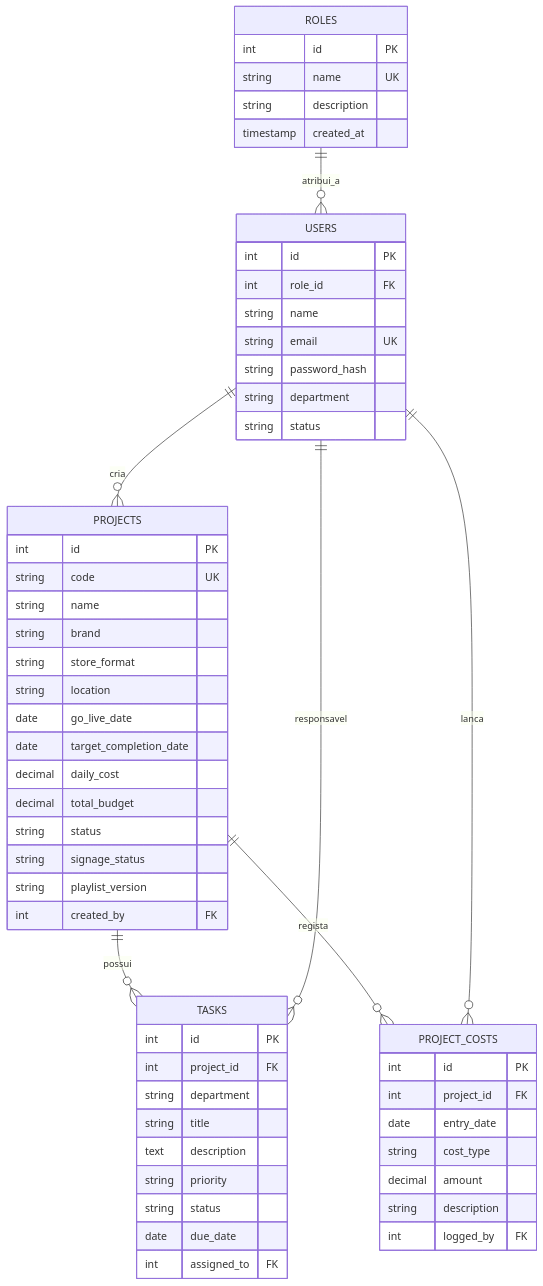
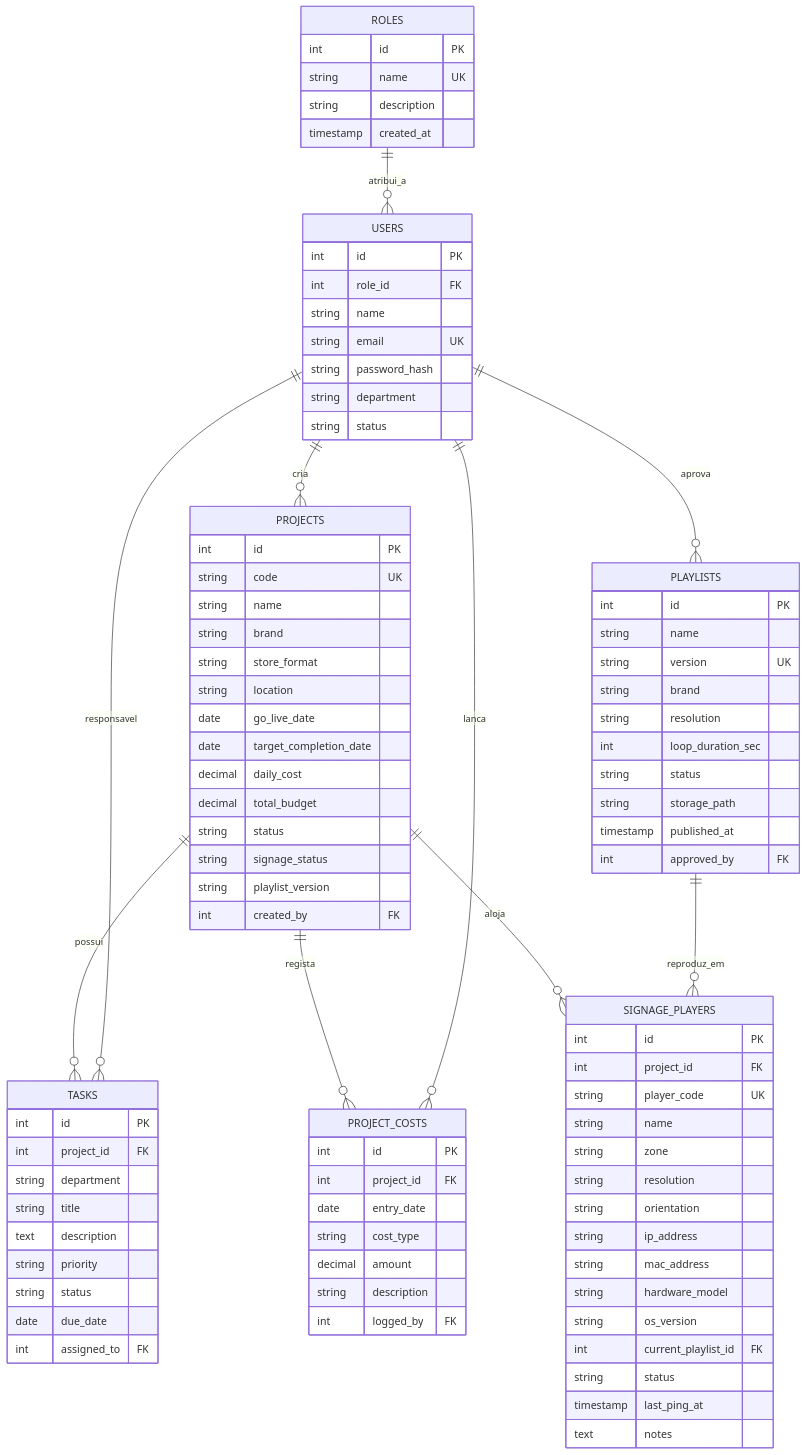
One commit to davisrc73/RetailLaunchOS changed the diagram in ARQUITETURA_TECNICA.md. Above: the diagram before and after it, drawn with Mermaid. The commit also changed other lines of this file and 10 other files, not shown here.

Commit message:
feat(fase-4): catalogo central de digital signage, versionamento de playlists e monitorizacao de telas

````diff
--- a/ARQUITETURA_TECNICA.md
+++ b/ARQUITETURA_TECNICA.md
@@ -78,8 +81,11 @@
     USERS ||--o{ PROJECTS : "cria"
     PROJECTS ||--o{ TASKS : "possui"
     PROJECTS ||--o{ PROJECT_COSTS : "regista"
+    PROJECTS ||--o{ SIGNAGE_PLAYERS : "aloja"
+    PLAYLISTS ||--o{ SIGNAGE_PLAYERS : "reproduz_em"
     USERS ||--o{ TASKS : "responsavel"
     USERS ||--o{ PROJECT_COSTS : "lanca"
+    USERS ||--o{ PLAYLISTS : "aprova"
 
     ROLES {
         int id PK
@@ -136,4 +142,35 @@
         string description
         int logged_by FK
     }
+
+    PLAYLISTS {
+        int id PK
+        string name
+        string version UK
+        string brand
+        string resolution
+        int loop_duration_sec
+        string status
+        string storage_path
+        timestamp published_at
+        int approved_by FK
+    }
+
+    SIGNAGE_PLAYERS {
+        int id PK
+        int project_id FK
+        string player_code UK
+        string name
+        string zone
+        string resolution
+        string orientation
+        string ip_address
+        string mac_address
+        string hardware_model
+        string os_version
+        int current_playlist_id FK
+        string status
+        timestamp last_ping_at
+        text notes
+    }
 ```
````
